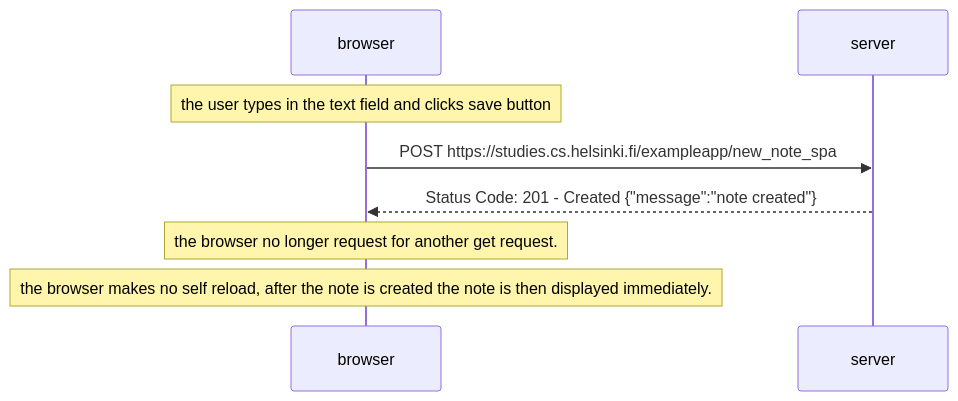
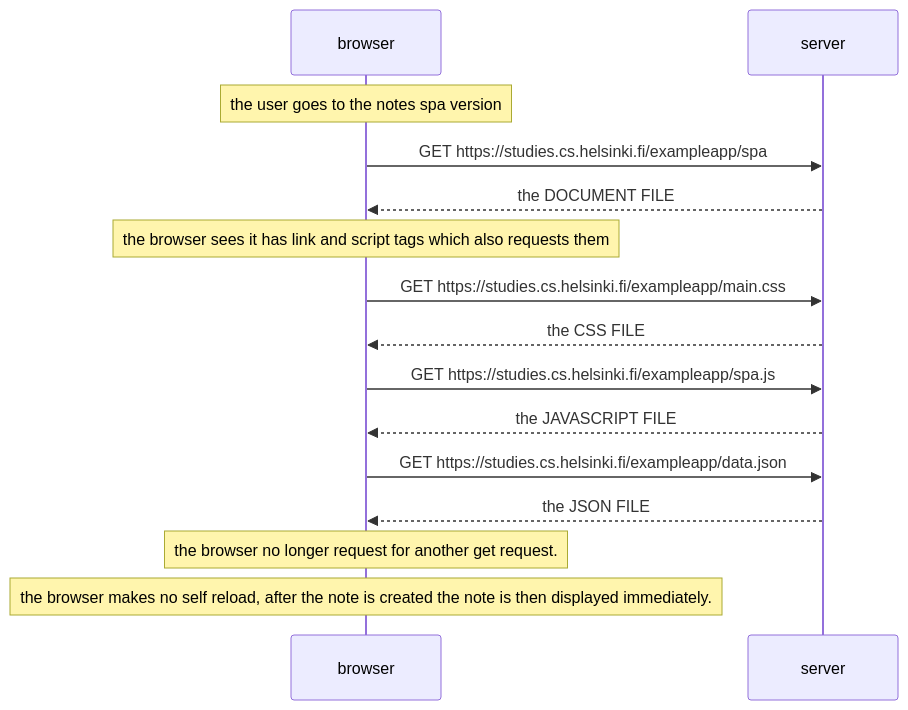
The diagram in part0/exercise0.5.md (xamdp/fullstack-open), drawn with Mermaid before and after one commit. The commit also changed other lines of this file, not shown here.

Commit message:
Exercise0.5

````diff
--- a/part0/exercise0.5.md
+++ b/part0/exercise0.5.md
@@ -1,12 +2,24 @@
 ```mermaid
 sequenceDiagram
     participant browser
     participant server
 
-    Note over browser: the user types in the text field and clicks save button
-    browser->>server: POST https://studies.cs.helsinki.fi/exampleapp/new_note_spa
-    server-->>browser: Status Code: 201 - Created {"message":"note created"}
+    Note over browser: the user goes to the notes spa version
+    browser->>server: GET https://studies.cs.helsinki.fi/exampleapp/spa
+    server-->>browser: the DOCUMENT FILE
+    Note over browser: the browser sees it has link and script tags which also requests them
+
+    browser->>server: GET https://studies.cs.helsinki.fi/exampleapp/main.css
+    server-->>browser: the CSS FILE
+
+    browser->>server: GET https://studies.cs.helsinki.fi/exampleapp/spa.js  
+    server-->>browser: the JAVASCRIPT FILE
+
+    browser->>server: GET https://studies.cs.helsinki.fi/exampleapp/data.json
+    server-->>browser: the JSON FILE
+
+
     Note over browser: the browser no longer request for another get request.
     Note over browser: the browser makes no self reload, after the note is created the note is then displayed immediately.
     %% preventDefault() prevents the default handling of form's submit.
 ```
````
